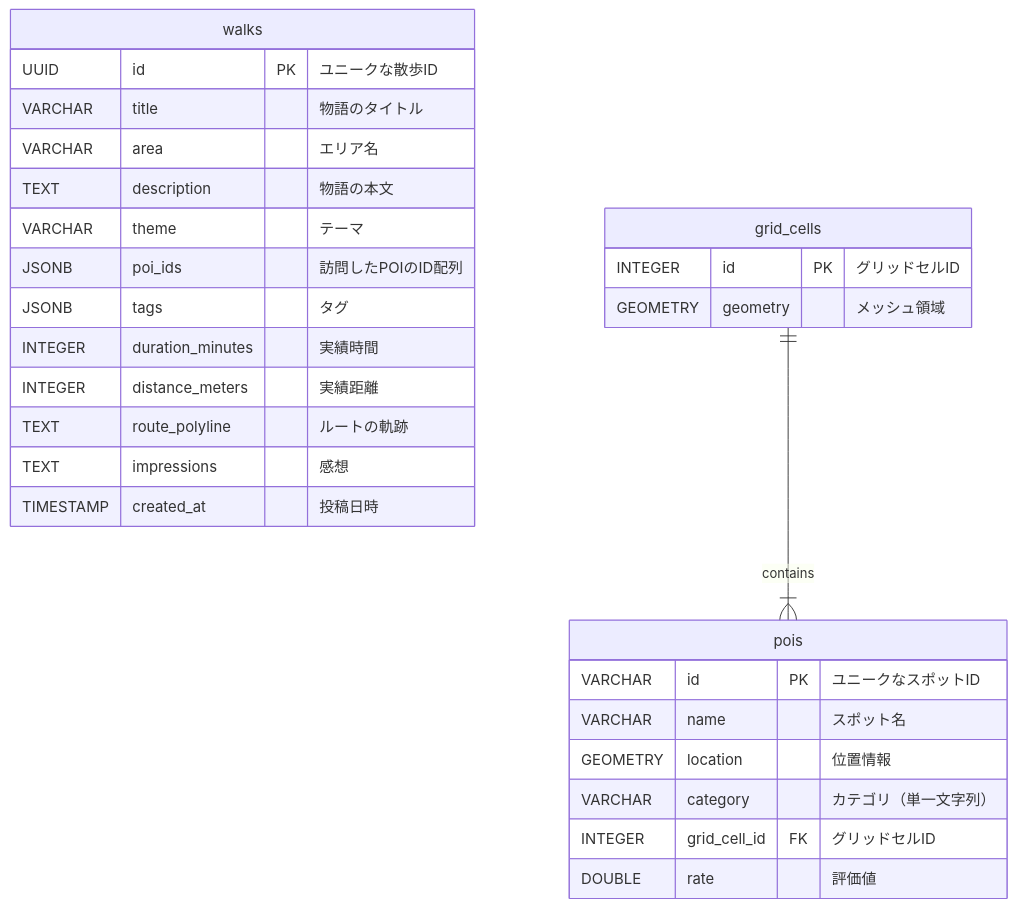
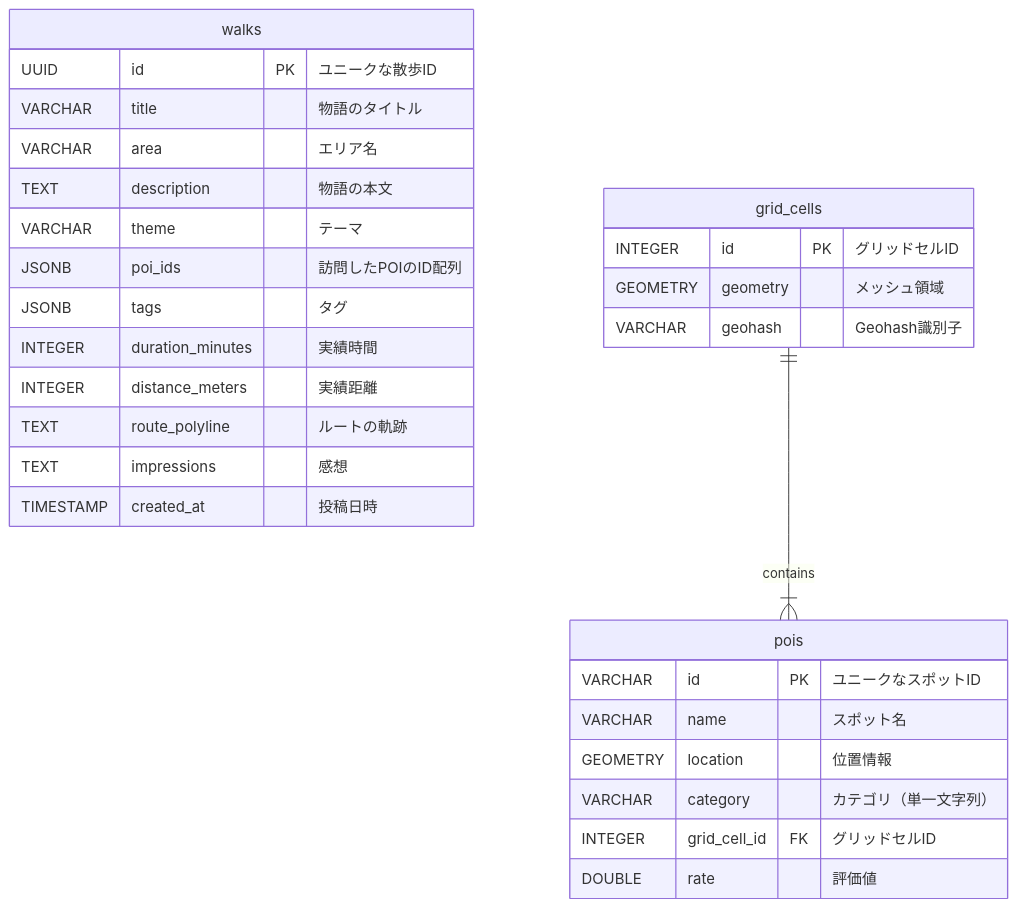
One commit to kaka0913/watnow-hack-team8-backend changed the diagram in docs/api.md. Above: the diagram before and after it, drawn with Mermaid. The commit also changed other lines of this file and 2 other files, not shown here.

````diff
--- a/docs/api.md
+++ b/docs/api.md
@@ -1,33 +1,34 @@
 ```mermaid
 erDiagram
     walks {
         UUID id PK "ユニークな散歩ID"
         VARCHAR title "物語のタイトル"
         VARCHAR area "エリア名"
         TEXT description "物語の本文"
         VARCHAR theme "テーマ"
         JSONB poi_ids "訪問したPOIのID配列"
         JSONB tags "タグ"
         INTEGER duration_minutes "実績時間"
         INTEGER distance_meters "実績距離"
         TEXT route_polyline "ルートの軌跡"
         TEXT impressions "感想"
         TIMESTAMP created_at "投稿日時"
     }
 
     pois {
         VARCHAR id PK "ユニークなスポットID"
         VARCHAR name "スポット名"
         GEOMETRY location "位置情報"
         VARCHAR category "カテゴリ（単一文字列）"
         INTEGER grid_cell_id FK "グリッドセルID"
         DOUBLE rate "評価値"
     }
 
     grid_cells {
         INTEGER id PK "グリッドセルID"
         GEOMETRY geometry "メッシュ領域"
+        VARCHAR geohash "Geohash識別子"
     }
 
     grid_cells ||--|{ pois : "contains"
 ```
````
